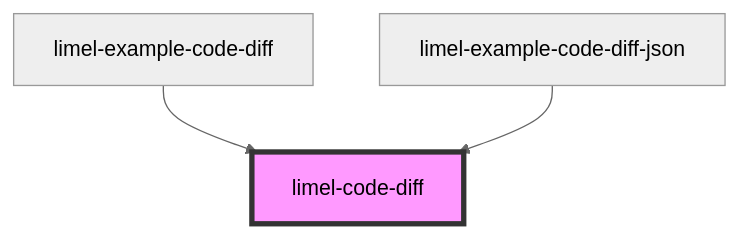
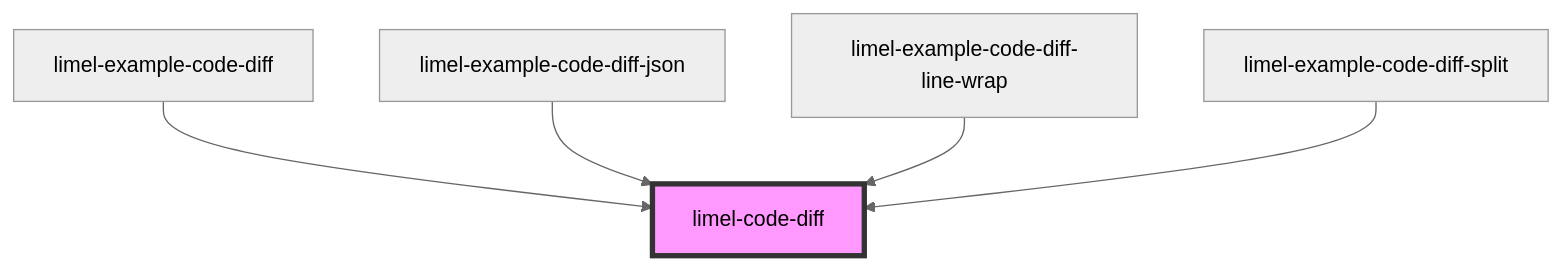
One commit to Lundalogik/lime-elements changed the diagram in versions/PR-3949/markdown-docs/components/code-diff/readme.md. Above: the diagram before and after it, drawn with Mermaid (neutral theme). The commit also changed other lines of this file and 391 other files, not shown here.

````diff
--- a/versions/PR-3949/markdown-docs/components/code-diff/readme.md
+++ b/versions/PR-3949/markdown-docs/components/code-diff/readme.md
@@ -36,6 +40,8 @@
 ```mermaid
 graph TD;
   limel-example-code-diff --> limel-code-diff
   limel-example-code-diff-json --> limel-code-diff
+  limel-example-code-diff-line-wrap --> limel-code-diff
+  limel-example-code-diff-split --> limel-code-diff
   style limel-code-diff fill:#f9f,stroke:#333,stroke-width:4px
 ```
````
